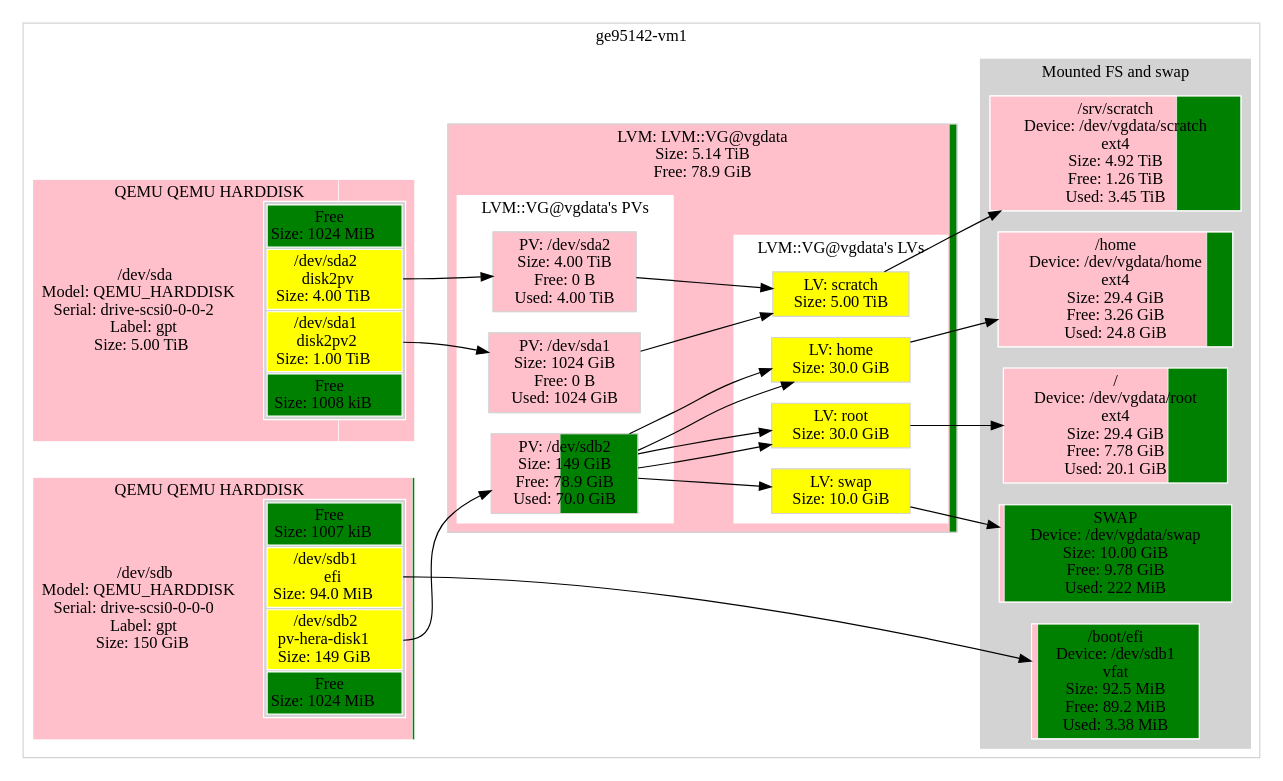
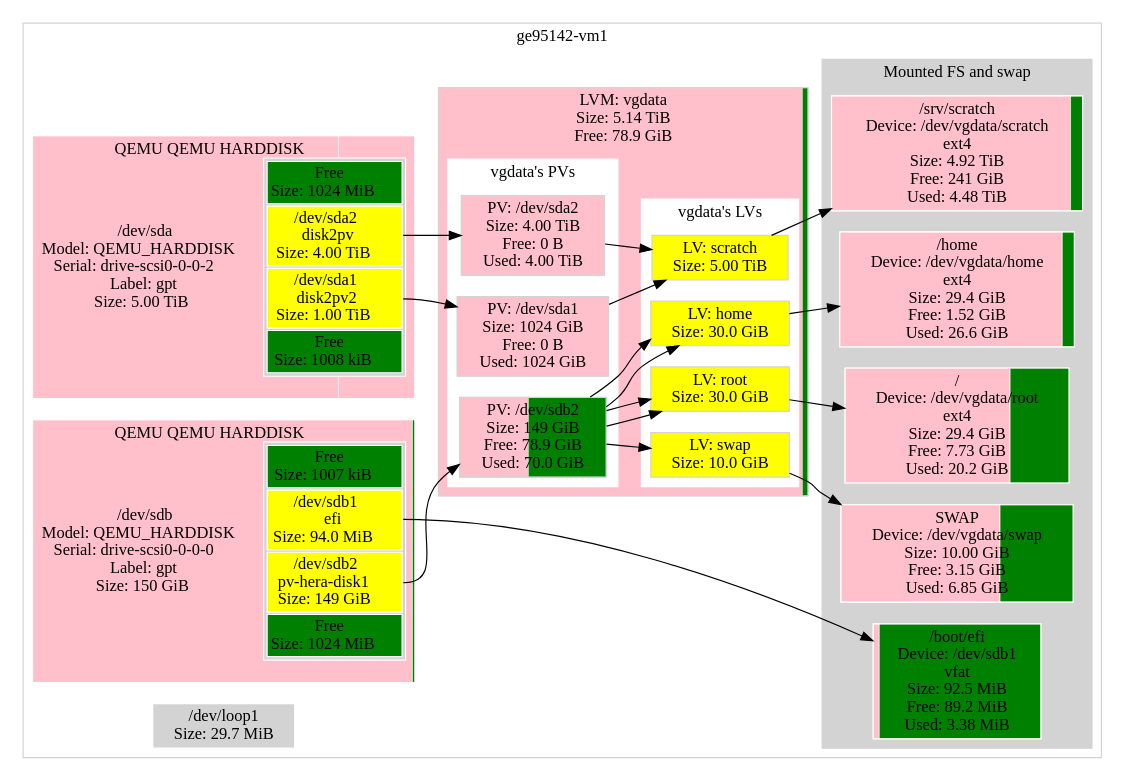
Before and after one commit to metacpan/metacpan-cpan-extracted: the diagram in distros/S/StorageDisplay/data/ge95142-vm1.ref.dot, drawn with Graphviz. The commit also changed 445 other files, not shown here.

```diff
--- a/distros/S/StorageDisplay/data/ge95142-vm1.ref.dot
+++ b/distros/S/StorageDisplay/data/ge95142-vm1.ref.dot
@@ -95,7 +95,7 @@
 						label="PV: /dev/sdb2\nSize: 149 GiB\nFree: 78.9 GiB\nUsed: 70.0 GiB";
 						style=striped;fillcolor="pink;0.470094.2:green"
 					]; }
-					label="LVM::VG@vgdata's PVs";
+					label="vgdata's PVs";
 				}
 				subgraph "cluster_machine@ge95142-vm1|LVM::VG@vgdata|::LVs" {
 					color=white;
@@ -116,9 +116,9 @@
 						label="LV: swap\nSize: 10.0 GiB";
 						fillcolor="yellow"
 					]; }
-					label="LVM::VG@vgdata's LVs";
+					label="vgdata's LVs";
 				}
-				label="LVM: LVM::VG@vgdata\nSize: 5.14 TiB\nFree: 78.9 GiB";
+				label="LVM: vgdata\nSize: 5.14 TiB\nFree: 78.9 GiB";
 				style=striped;fillcolor="pink;0.985021.2:green"
 			}
 			subgraph "cluster_machine@ge95142-vm1|FS" {
@@ -127,24 +127,24 @@
 				fillcolor=lightgrey;
 				node [style=filled,color=white,fillcolor=lightgrey,shape=rectangle];
 				{ "machine@ge95142-vm1|FS|::FS@/home" [
-					label="/home\nDevice: /dev/vgdata/home\next4\nSize: 29.4 GiB\nFree: 3.26 GiB\nUsed: 24.8 GiB";
-					style=striped;fillcolor="pink;0.889092.2:green"
+					label="/home\nDevice: /dev/vgdata/home\next4\nSize: 29.4 GiB\nFree: 1.52 GiB\nUsed: 26.6 GiB";
+					style=striped;fillcolor="pink;0.948433.2:green"
 				]; }
 				{ "machine@ge95142-vm1|FS|::FS@/" [
-					label="/\nDevice: /dev/vgdata/root\next4\nSize: 29.4 GiB\nFree: 7.78 GiB\nUsed: 20.1 GiB";
-					style=striped;fillcolor="pink;0.735088.2:green"
+					label="/\nDevice: /dev/vgdata/root\next4\nSize: 29.4 GiB\nFree: 7.73 GiB\nUsed: 20.2 GiB";
+					style=striped;fillcolor="pink;0.736858.2:green"
 				]; }
 				{ "machine@ge95142-vm1|FS|::FS@/srv/scratch" [
-					label="/srv/scratch\nDevice: /dev/vgdata/scratch\next4\nSize: 4.92 TiB\nFree: 1.26 TiB\nUsed: 3.45 TiB";
-					style=striped;fillcolor="pink;0.743643.2:green"
+					label="/srv/scratch\nDevice: /dev/vgdata/scratch\next4\nSize: 4.92 TiB\nFree: 241 GiB\nUsed: 4.48 TiB";
+					style=striped;fillcolor="pink;0.952135.2:green"
 				]; }
 				{ "machine@ge95142-vm1|FS|::FS@/boot/efi" [
 					label="/boot/efi\nDevice: /dev/sdb1\nvfat\nSize: 92.5 MiB\nFree: 89.2 MiB\nUsed: 3.38 MiB";
 					style=striped;fillcolor="pink;0.036487.2:green"
 				]; }
 				{ "machine@ge95142-vm1|FS|::SWAP::Partition@dm-1" [
-					label="SWAP\nDevice: /dev/vgdata/swap\nSize: 10.00 GiB\nFree: 9.78 GiB\nUsed: 222 MiB";
-					style=striped;fillcolor="pink;0.021719.2:green"
+					label="SWAP\nDevice: /dev/vgdata/swap\nSize: 10.00 GiB\nFree: 3.15 GiB\nUsed: 6.85 GiB";
+					style=striped;fillcolor="pink;0.685081.2:green"
 				]; }
 				label="Mounted FS and swap";
 			}
@@ -155,6 +155,12 @@
 				node [style=filled,color=white,fillcolor=lightgrey,shape=rectangle];
 				label="Libvirt Virtual Machines";
 			}
+			{ "machine@ge95142-vm1|Partition::None@loop1" [
+				label="/dev/loop1\nSize: 29.7 MiB";
+				fillcolor="lightgrey"
+				style=filled
+				shape=rectangle
+			]; }
 			// Links from LVM VG: LVM::VG@vgdata
 			"machine@ge95142-vm1|LVM::VG@vgdata|::PVs|::PV@sdb2" -> "machine@ge95142-vm1|LVM::VG@vgdata|::LVs|::LV@home"
 			"machine@ge95142-vm1|LVM::VG@vgdata|::PVs|::PV@sdb2" -> "machine@ge95142-vm1|LVM::VG@vgdata|::LVs|::LV@home"
@@ -210,6 +216,8 @@
 			"machine@ge95142-vm1|LVM::VG@vgdata|::LVs|::LV@swap" -> "machine@ge95142-vm1|FS|::SWAP::Partition@dm-1"
 			// Links for FS::SWAP::Partition@dm-1
 			// Links for Libvirt Virtual Machines
+			// Links for Partition::None@loop1
+			// TARGET LINK: ge95142-vm1 31109120 loop1 "machine@ge95142-vm1|Partition::None@loop1"
 		label="ge95142-vm1";
 	}
 } // FOOTER: MACHINE
```
